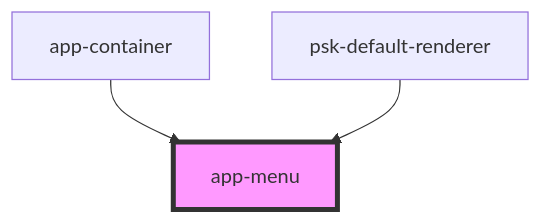
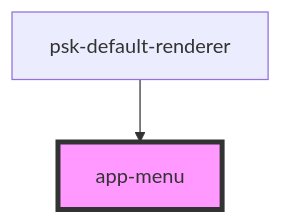
Before and after one commit to daniel-visoiu/cardinal: the diagram in src/components/app-menu/readme.md, drawn with Mermaid. The commit also changed other lines of this file and 13 other files, not shown here.

````diff
--- a/src/components/app-menu/readme.md
+++ b/src/components/app-menu/readme.md
@@ -33,6 +32,5 @@
 ```mermaid
 graph TD;
-  app-container --> app-menu
   psk-default-renderer --> app-menu
   style app-menu fill:#f9f,stroke:#333,stroke-width:4px
 ```
````
